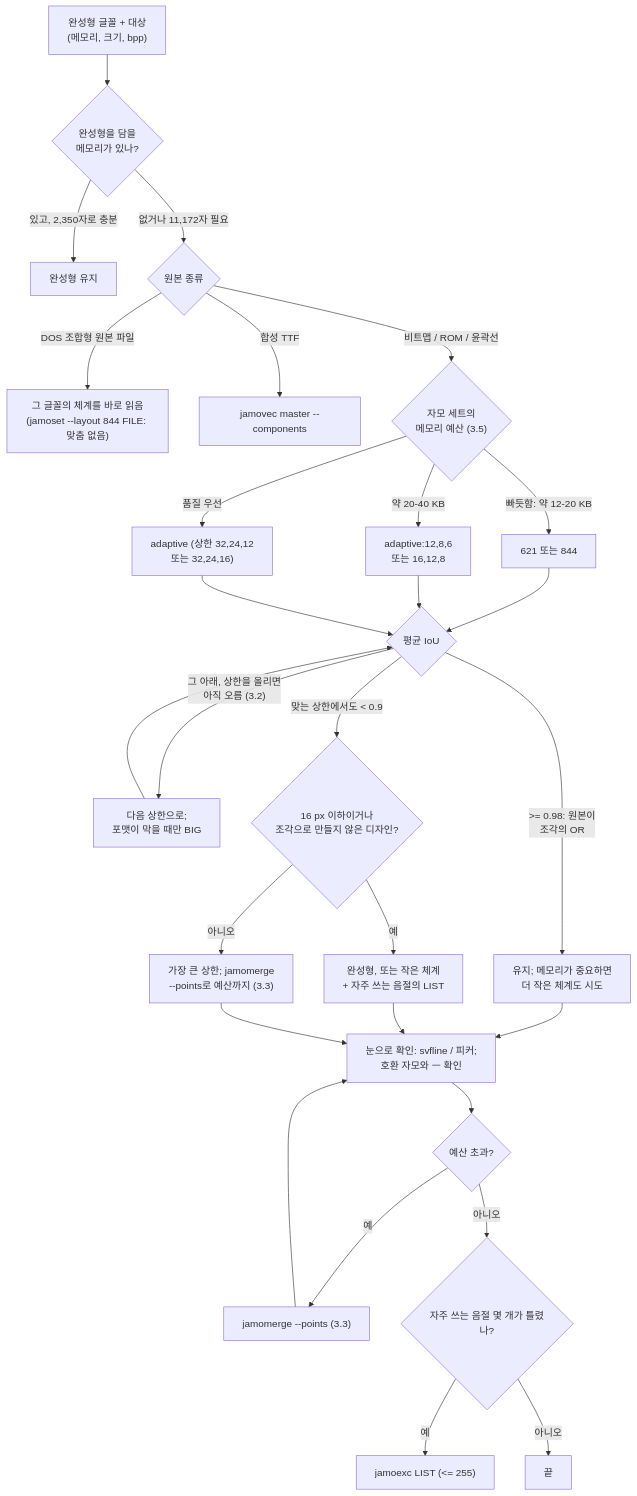
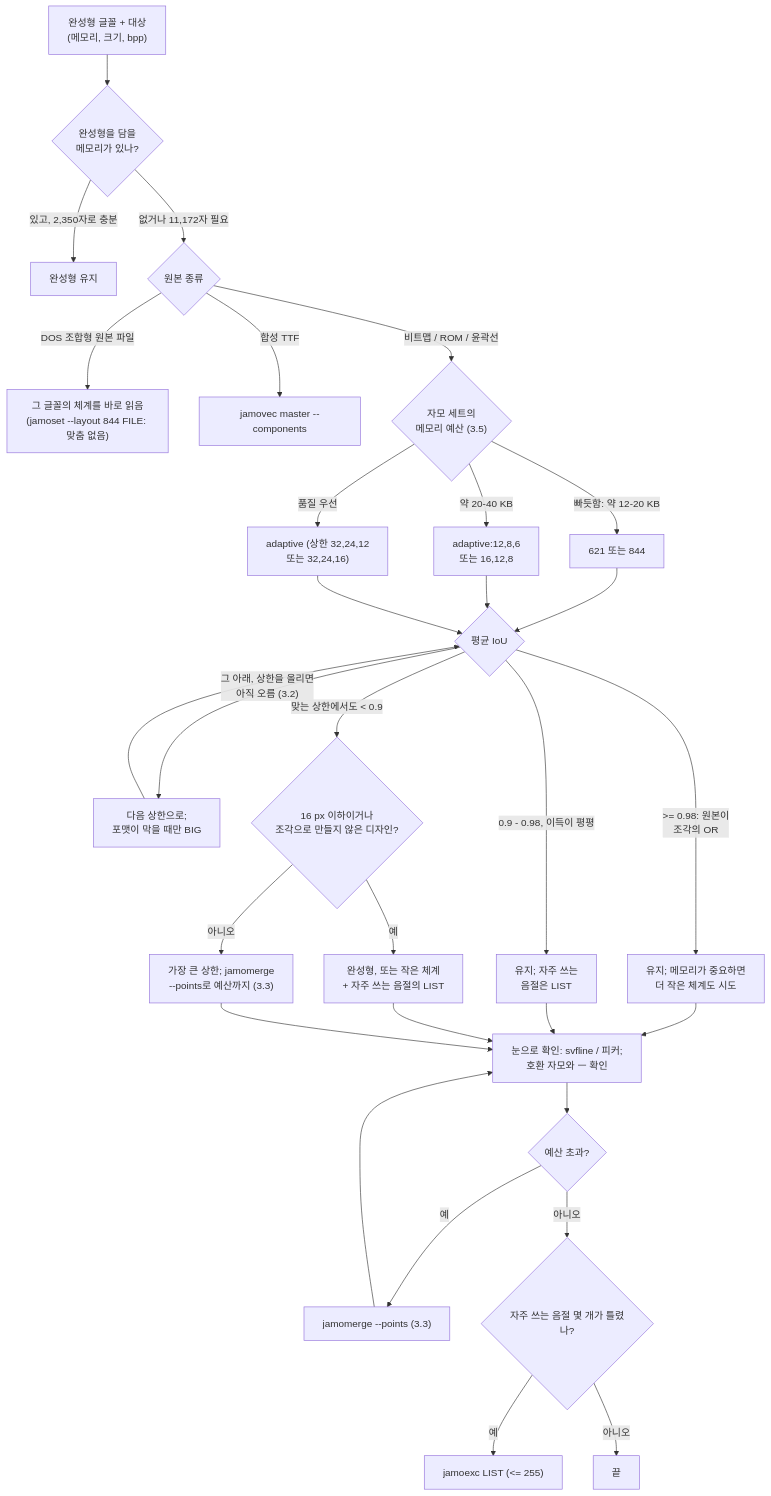
Before and after one commit to TaehyunKimLL/svf-fonts-open: the fifth of 5 diagrams in docs/jamo-split.ko.md, drawn with Mermaid. The commit also changed other lines of this file and 1 other file, not shown here.

Commit message:
Review round 3: state what the set-budget curve covers (every drawn syllable; both fonts draw all 11,172), decision flow exit for a flat 0.9-0.98 fit, merge table with split blobs and measured time, adaptive merge step sourced, 3.4 framed on the first fit (t_b562e973)

````diff
--- a/docs/jamo-split.ko.md
+++ b/docs/jamo-split.ko.md
@@ -627,30 +632,32 @@
 ```mermaid
 flowchart TD
   A["완성형 글꼴 + 대상<br/>(메모리, 크기, bpp)"] --> B{"완성형을 담을<br/>메모리가 있나?"}
   B -->|"있고, 2,350자로 충분"| KP["완성형 유지"]
   B -->|"없거나 11,172자 필요"| C{"원본 종류"}
   C -->|"DOS 조합형 원본 파일"| D["그 글꼴의 체계를 바로 읽음<br/>(jamoset --layout 844 FILE: 맞춤 없음)"]
   C -->|"합성 TTF"| E["jamovec master --components"]
   C -->|"비트맵 / ROM / 윤곽선"| S{"자모 세트의<br/>메모리 예산 (3.5)"}
   S -->|"빠듯함: 약 12-20 KB"| F1["621 또는 844"]
   S -->|"약 20-40 KB"| F2["adaptive:12,8,6<br/>또는 16,12,8"]
   S -->|"품질 우선"| F3["adaptive (상한 32,24,12<br/>또는 32,24,16)"]
   F1 --> G{"평균 IoU"}
   F2 --> G
   F3 --> G
   G -->|">= 0.98: 원본이<br/>조각의 OR"| H["유지; 메모리가 중요하면<br/>더 작은 체계도 시도"]
   G -->|"그 아래, 상한을 올리면<br/>아직 오름 (3.2)"| UP["다음 상한으로;<br/>포맷이 막을 때만 BIG"]
+  G -->|"0.9 - 0.98, 이득이 평평"| FL["유지; 자주 쓰는<br/>음절은 LIST"]
   G -->|"맞는 상한에서도 < 0.9"| J{"16 px 이하이거나<br/>조각으로 만들지 않은 디자인?"}
   UP --> G
   J -->|예| K["완성형, 또는 작은 체계<br/>+ 자주 쓰는 음절의 LIST"]
   J -->|아니오| L["가장 큰 상한; jamomerge<br/>--points로 예산까지 (3.3)"]
   H --> M["눈으로 확인: svfline / 피커;<br/>호환 자모와 ㅡ 확인"]
+  FL --> M
   K --> M
   L --> M
   M --> N{"예산 초과?"}
   N -->|예| R["jamomerge --points (3.3)"]
   R --> M
   N -->|아니오| Q{"자주 쓰는 음절 몇 개가 틀렸나?"}
   Q -->|예| O["jamoexc LIST (<= 255)"]
   Q -->|아니오| P["끝"]
 ```
````
